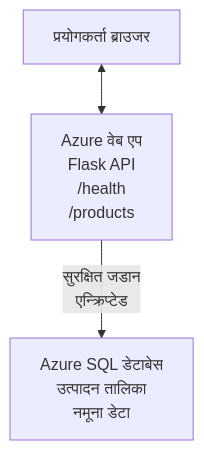
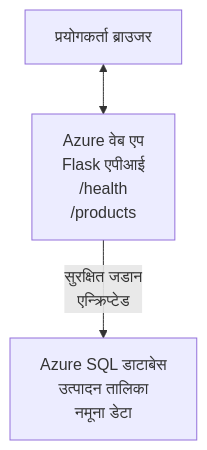
One commit to microsoft/AZD-for-beginners changed the diagram in translations/ne/examples/database-app/README.md. Above: the diagram before and after it, drawn with Mermaid. The commit also changed other lines of this file and 104 other files, not shown here.

````diff
--- a/translations/ne/examples/database-app/README.md
+++ b/translations/ne/examples/database-app/README.md
@@ -72,5 +72,5 @@
 ```mermaid
 graph TD
-    Browser[प्रयोगकर्ता ब्राउजर] <--> WebApp[Azure वेब एप<br/>Flask API<br/>/health<br/>/products]
-    WebApp -- सुरक्षित जडान<br/>एन्क्रिप्टेड --> SQL[Azure SQL डेटाबेस<br/>उत्पादन तालिका<br/>नमूना डेटा]
+    Browser[प्रयोगकर्ता ब्राउजर] <--> WebApp[Azure वेब एप<br/>Flask एपीआई<br/>/health<br/>/products]
+    WebApp -- सुरक्षित जडान<br/>एन्क्रिप्टेड --> SQL[Azure SQL डाटाबेस<br/>उत्पादन तालिका<br/>नमूना डेटा]
 ```
````
